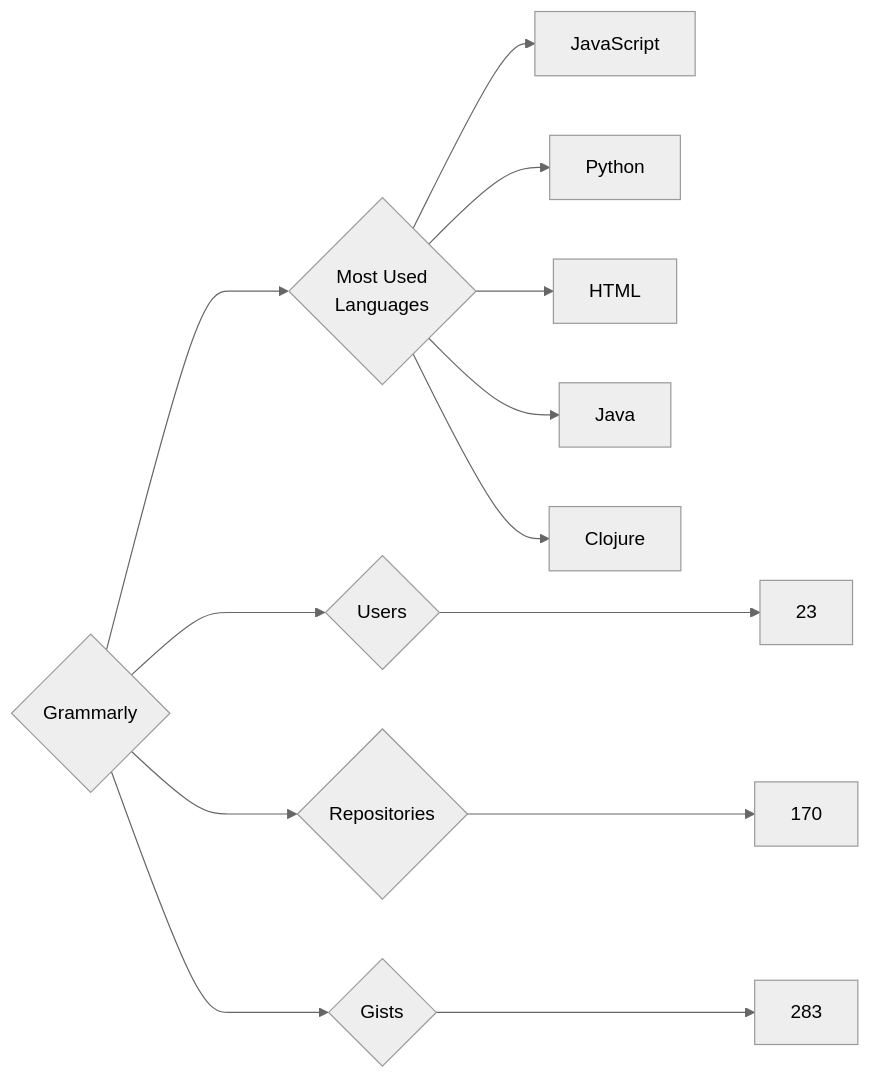
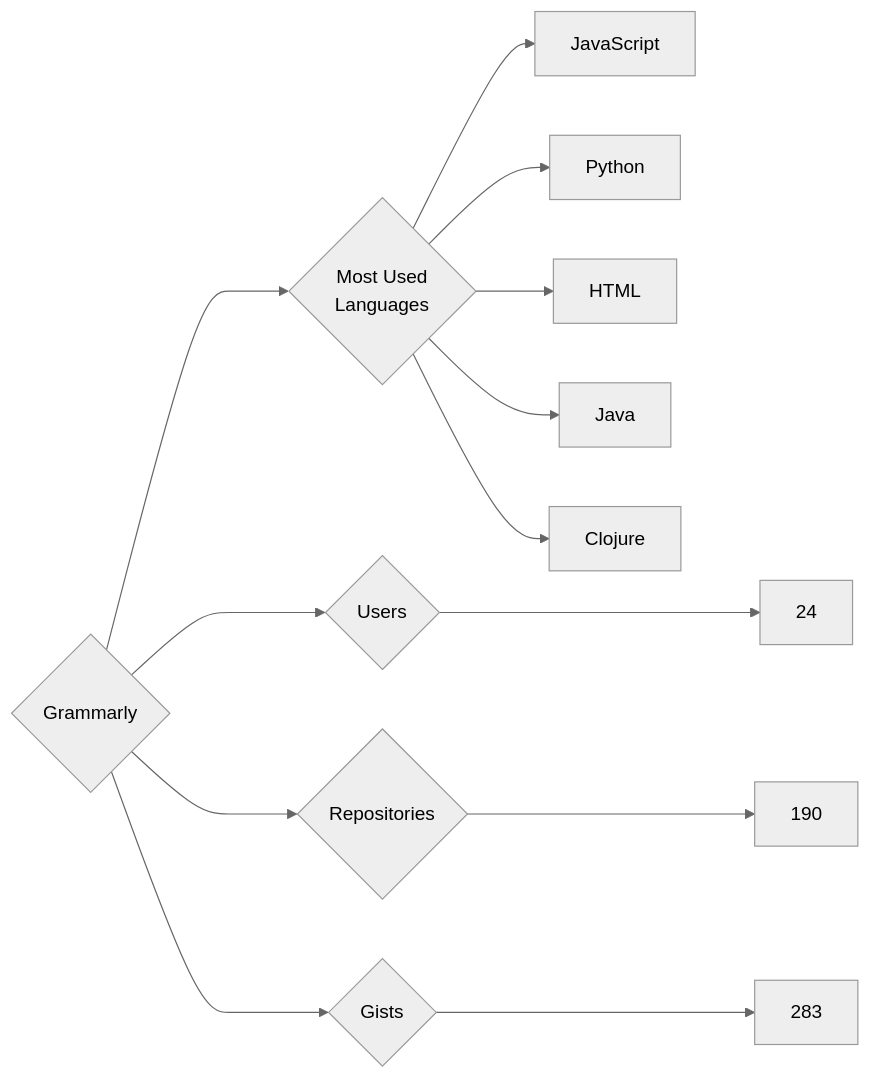
Before and after one commit to trickest/insiders: the diagram in targets/Grammarly/README.md, drawn with Mermaid (neutral theme). The commit also changed 932 other files, not shown here.

````diff
--- a/targets/Grammarly/README.md
+++ b/targets/Grammarly/README.md
@@ -3,13 +3,13 @@
 ```mermaid
 graph LR
 COMPANY_NAME{Grammarly}
-COMPANY_NAME ---> U{Users} ---> UN[23]
-COMPANY_NAME ---> R{Repositories} ---> RN[170]
+COMPANY_NAME ---> U{Users} ---> UN[24]
+COMPANY_NAME ---> R{Repositories} ---> RN[190]
 COMPANY_NAME ---> G{Gists} ---> GN[283]
 COMPANY_NAME ---> ML{Most Used<br>Languages}
 ML --> JavaScript[JavaScript]
 ML --> Python[Python]
 ML --> HTML[HTML]
 ML --> Java[Java]
 ML --> Clojure[Clojure]
 ```
````
